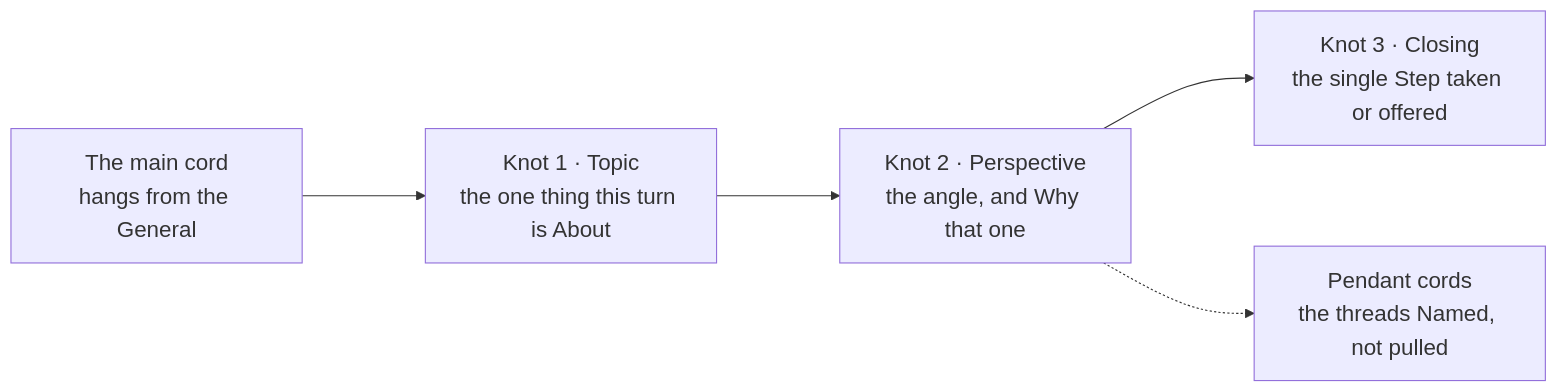
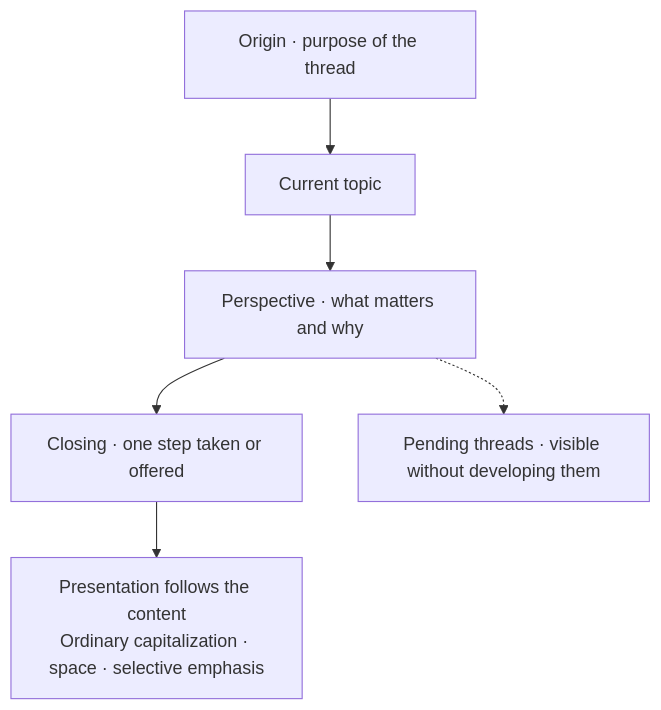
The seventh of 11 diagrams in docs/presentation.en.md (cangrejometralleta/OneTwoThree), drawn with Mermaid before and after one commit. The commit also changed other lines of this file and 13 other files, not shown here.

````diff
--- a/docs/presentation.en.md
+++ b/docs/presentation.en.md
@@ -255,11 +255,8 @@
 ```mermaid
-%%{init: {"flowchart": {"nodeSpacing": 90, "rankSpacing": 110}, "themeVariables": {"fontSize": "20px"}}}%%
-flowchart LR
-    CORD["The main cord<br/>hangs from the General"]
-    TOPIC["Knot 1 · Topic<br/>the one thing this turn is About"]
-    PERSP["Knot 2 · Perspective<br/>the angle, and Why that one"]
-    CLOSE["Knot 3 · Closing<br/>the single Step taken or offered"]
-    LEFT["Pendant cords<br/>the threads Named, not pulled"]
-    CORD --> TOPIC --> PERSP --> CLOSE
-    PERSP -.-> LEFT
+flowchart TD
+    ORIGIN["Origin · purpose of the thread"] --> TOPIC["Current topic"]
+    TOPIC --> PERSP["Perspective · what matters and why"]
+    PERSP --> CLOSE["Closing · one step taken or offered"]
+    CLOSE --> FORM["Presentation follows the content<br/>Ordinary capitalization · space · selective emphasis"]
+    PERSP -.-> LEFT["Pending threads · visible without developing them"]
 ```
````
